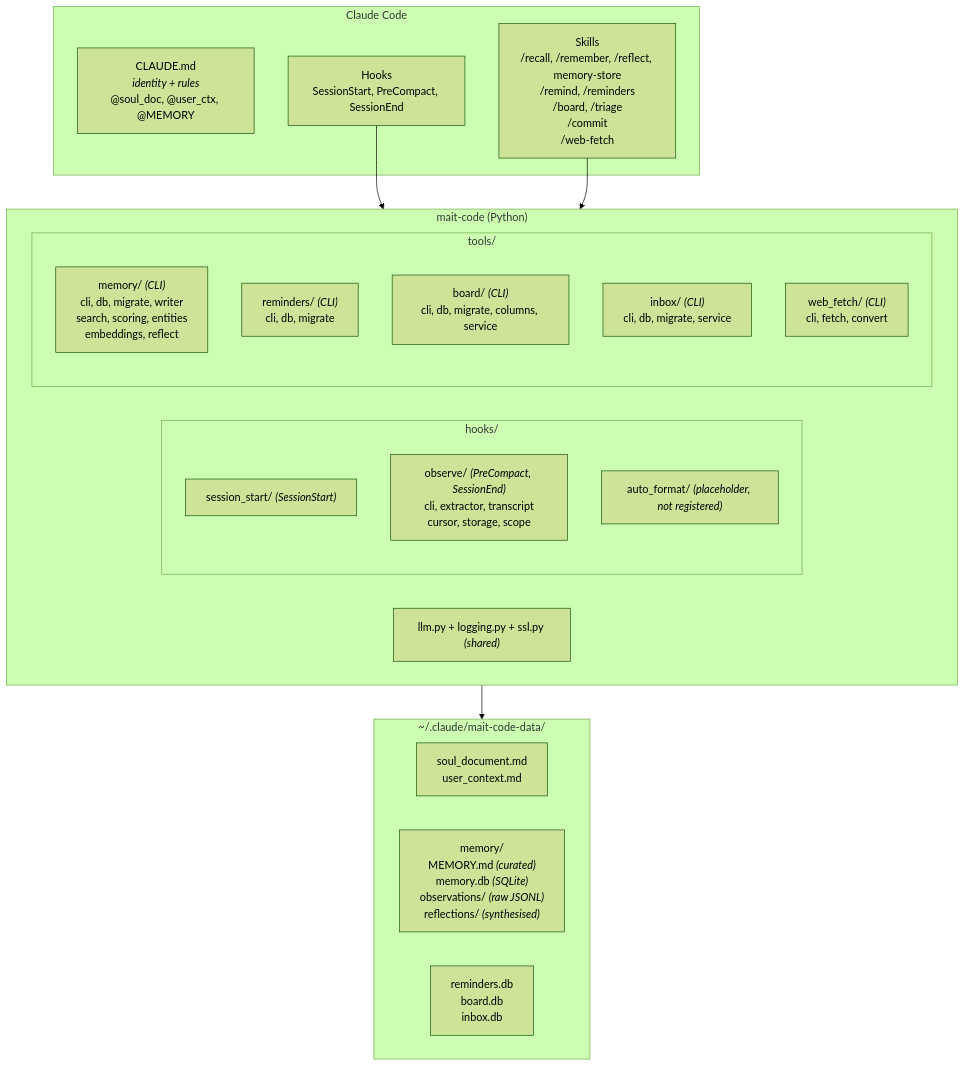
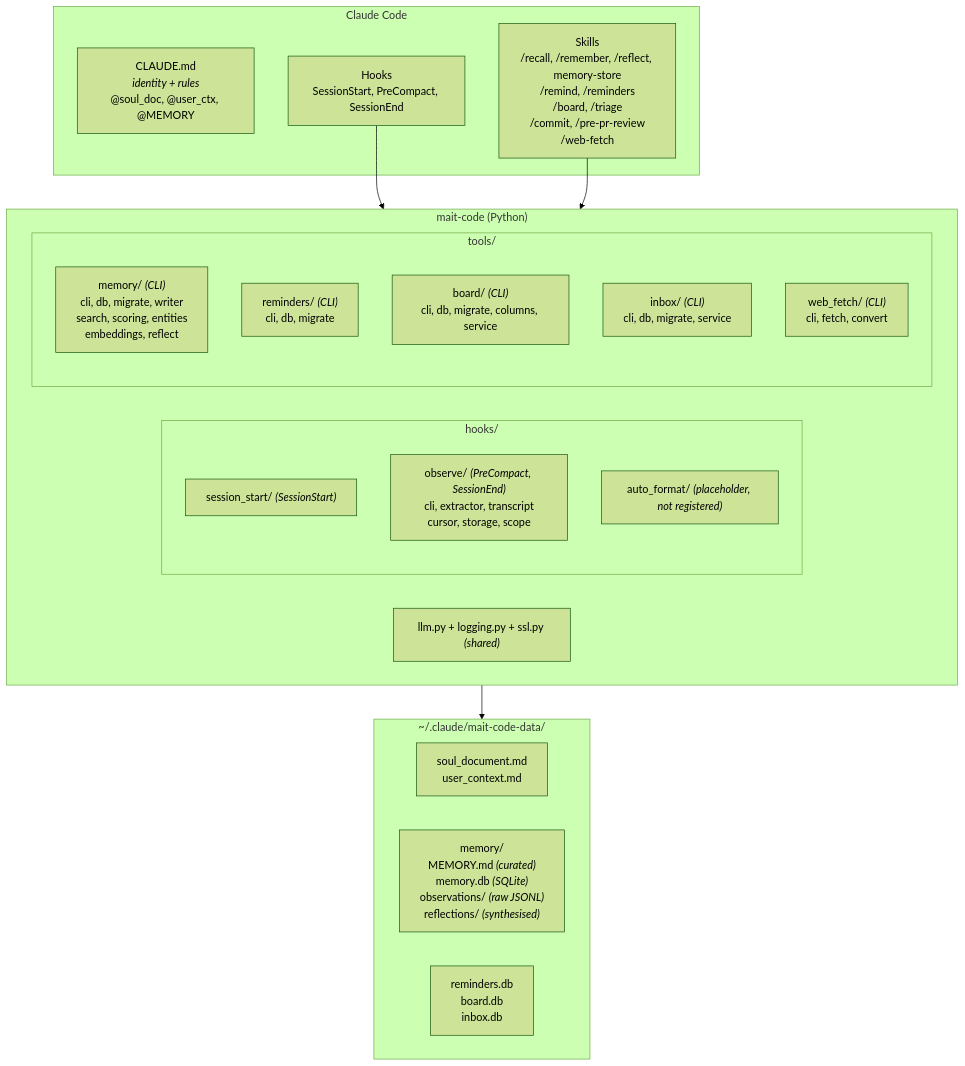
Before and after one commit to wiktordepina/mait-code: the first of 4 diagrams in docs/architecture.md, drawn with Mermaid (forest theme). The commit also changed 6 other files, not shown here.

First line of the commit message:
fix(skills): close review findings on /pre-pr-review

````diff
--- a/docs/architecture.md
+++ b/docs/architecture.md
@@ -14,34 +14,34 @@
 ```mermaid
 graph TD
     subgraph claude_code ["Claude Code"]
         CLAUDE_MD["CLAUDE.md<br/><i>identity + rules</i><br/>@soul_doc, @user_ctx, @MEMORY"]
         HOOKS["Hooks<br/>SessionStart, PreCompact, SessionEnd"]
-        SKILLS["Skills<br/>/recall, /remember, /reflect, memory-store<br/>/remind, /reminders<br/>/board, /triage<br/>/commit<br/>/web-fetch"]
+        SKILLS["Skills<br/>/recall, /remember, /reflect, memory-store<br/>/remind, /reminders<br/>/board, /triage<br/>/commit, /pre-pr-review<br/>/web-fetch"]
     end
 
     subgraph mait_code ["mait-code (Python)"]
         subgraph hooks_pkg ["hooks/"]
             session_start["session_start/ <i>(SessionStart)</i>"]
             observe["observe/ <i>(PreCompact, SessionEnd)</i><br/>cli, extractor, transcript<br/>cursor, storage, scope"]
             auto_format["auto_format/ <i>(placeholder, not registered)</i>"]
         end
         subgraph tools_pkg ["tools/"]
             memory_tool["memory/ <i>(CLI)</i><br/>cli, db, migrate, writer<br/>search, scoring, entities<br/>embeddings, reflect"]
             reminders_tool["reminders/ <i>(CLI)</i><br/>cli, db, migrate"]
             board_tool["board/ <i>(CLI)</i><br/>cli, db, migrate, columns, service"]
             inbox_tool["inbox/ <i>(CLI)</i><br/>cli, db, migrate, service"]
             web_fetch_tool["web_fetch/ <i>(CLI)</i><br/>cli, fetch, convert"]
         end
         shared["llm.py + logging.py + ssl.py <i>(shared)</i>"]
     end
 
     subgraph data_dir ["~/.claude/mait-code-data/"]
         identity["soul_document.md<br/>user_context.md"]
         memory_store["memory/<br/>MEMORY.md <i>(curated)</i><br/>memory.db <i>(SQLite)</i><br/>observations/ <i>(raw JSONL)</i><br/>reflections/ <i>(synthesised)</i>"]
         other_dbs["reminders.db<br/>board.db<br/>inbox.db"]
     end
 
     HOOKS --> mait_code
     SKILLS --> mait_code
     mait_code --> data_dir
 ```
````
